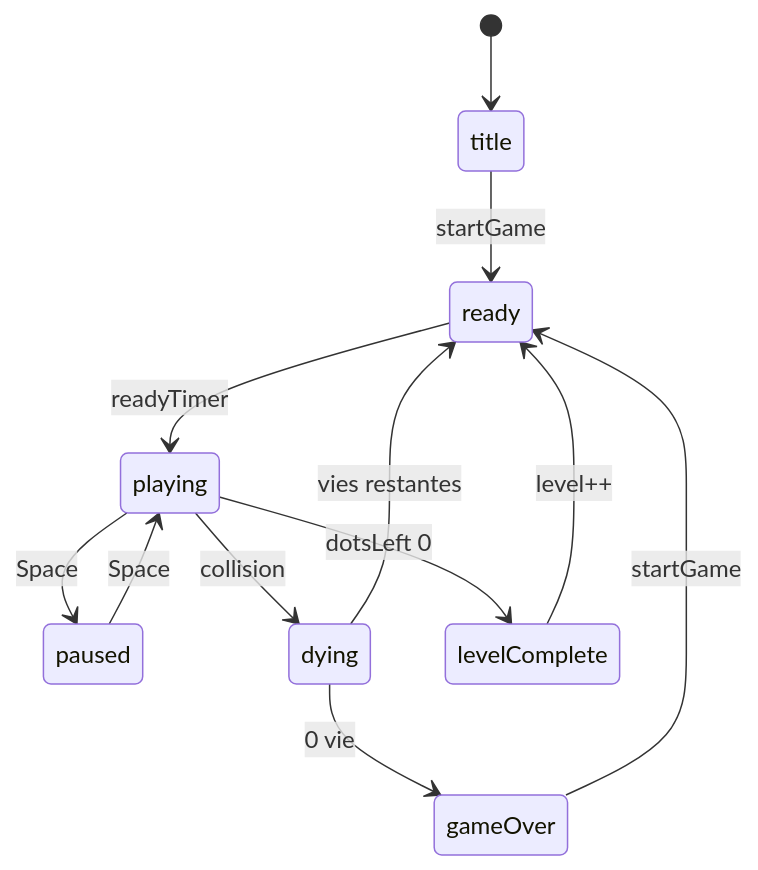
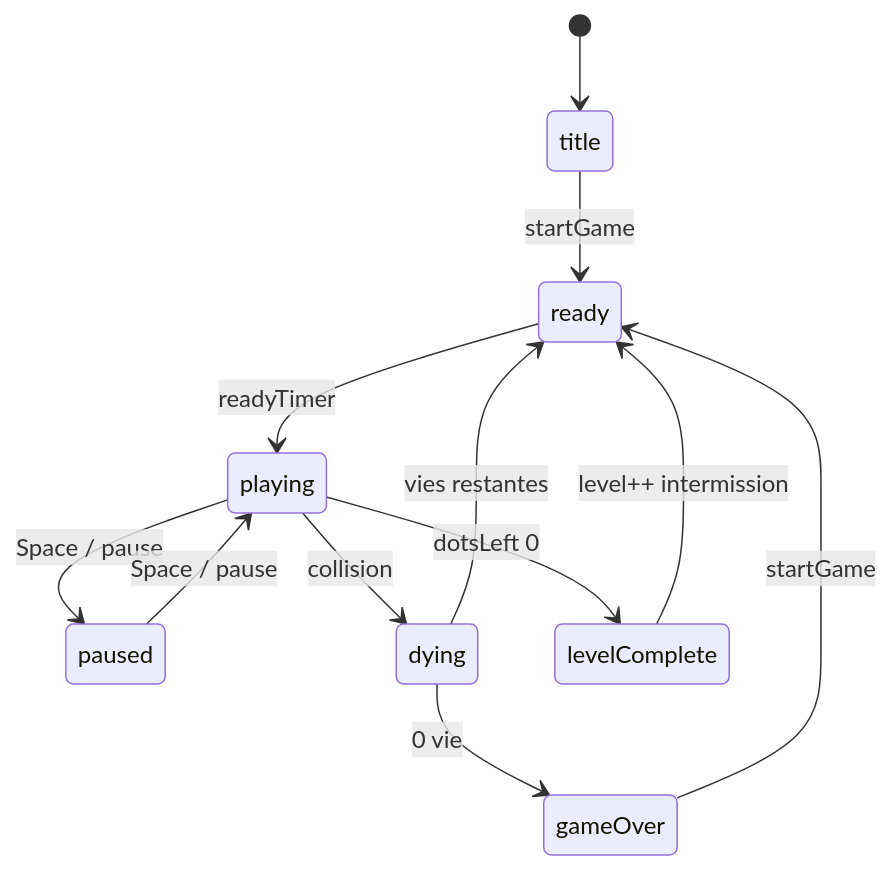
The diagram in ARCHITECTURE.md (Jackavery1/Poc-man), drawn with Mermaid before and after one commit. The commit also changed other lines of this file and 25 other files, not shown here.

````diff
--- a/ARCHITECTURE.md
+++ b/ARCHITECTURE.md
@@ -20,14 +23,14 @@
 ```mermaid
 stateDiagram-v2
   [*] --> title
   title --> ready: startGame
   ready --> playing: readyTimer
-  playing --> paused: Space
-  paused --> playing: Space
+  playing --> paused: Space / pause
+  paused --> playing: Space / pause
   playing --> dying: collision
   dying --> ready: vies restantes
   dying --> gameOver: 0 vie
   playing --> levelComplete: dotsLeft 0
-  levelComplete --> ready: level++
+  levelComplete --> ready: level++ intermission
   gameOver --> ready: startGame
 ```
````
